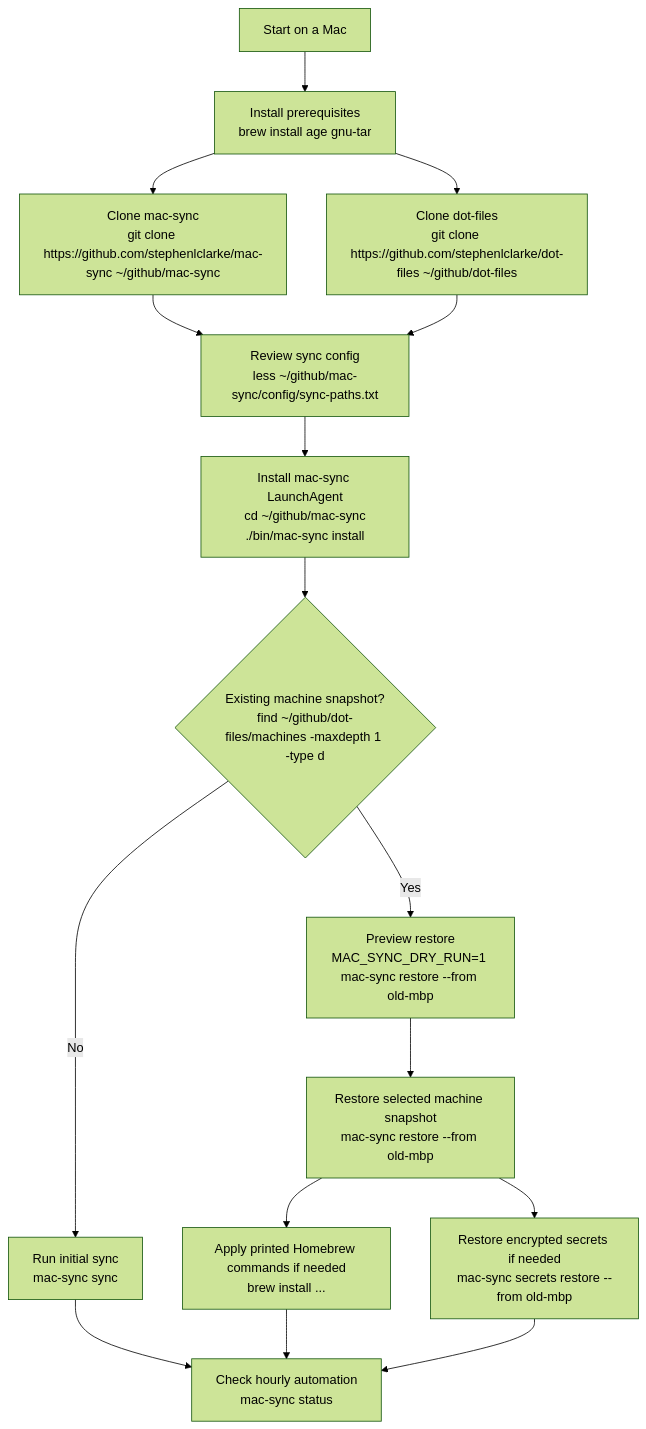
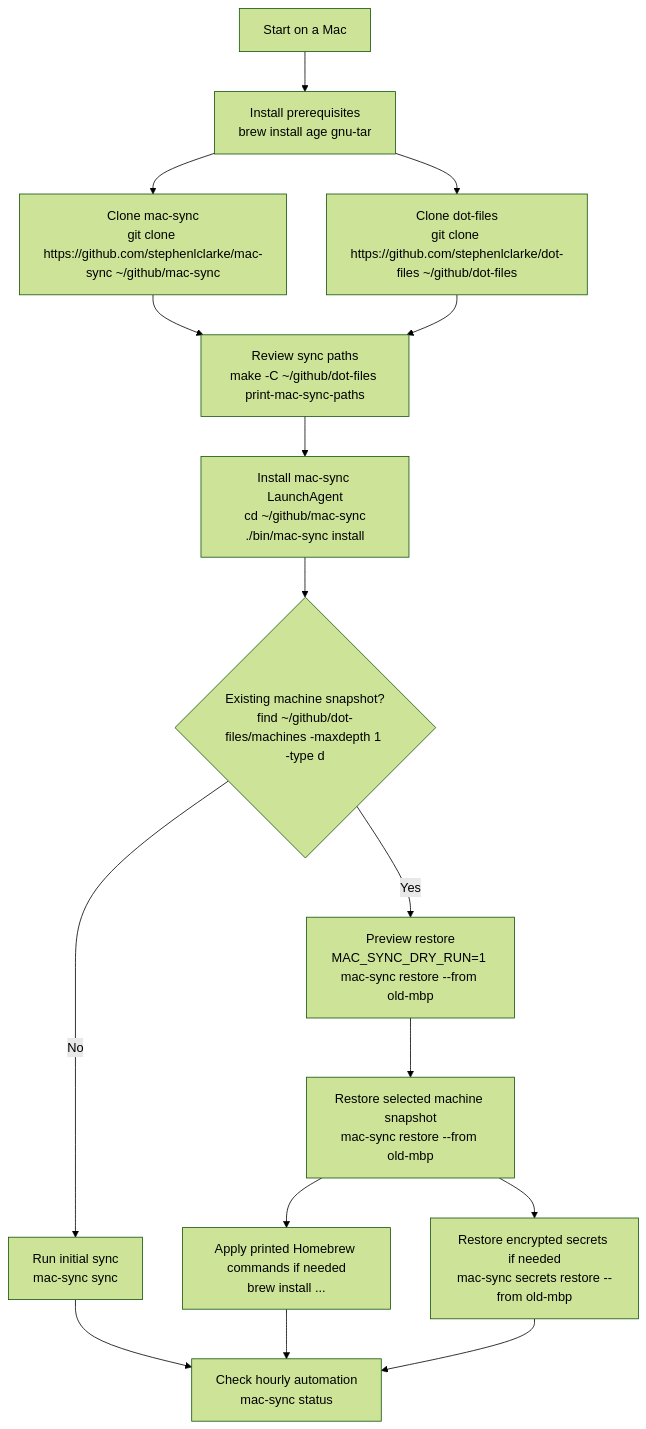
The first of 4 diagrams in WORKFLOW.md (stephenlclarke/mac-sync), drawn with Mermaid (forest theme) before and after one commit. The commit also changed other lines of this file and 5 other files, not shown here.

````diff
--- a/WORKFLOW.md
+++ b/WORKFLOW.md
@@ -15,18 +15,18 @@
 ```mermaid
 flowchart TD
   A["Start on a Mac"] --> B["Install prerequisites<br/>brew install age gnu-tar"]
   B --> C["Clone mac-sync<br/>git clone https://github.com/stephenlclarke/mac-sync ~/github/mac-sync"]
   B --> D["Clone dot-files<br/>git clone https://github.com/stephenlclarke/dot-files ~/github/dot-files"]
-  C --> E["Review sync config<br/>less ~/github/mac-sync/config/sync-paths.txt"]
+  C --> E["Review sync paths<br/>make -C ~/github/dot-files print-mac-sync-paths"]
   D --> E
   E --> F["Install mac-sync LaunchAgent<br/>cd ~/github/mac-sync<br/>./bin/mac-sync install"]
   F --> G{"Existing machine snapshot?<br/>find ~/github/dot-files/machines -maxdepth 1 -type d"}
   G -- "No" --> H["Run initial sync<br/>mac-sync sync"]
   G -- "Yes" --> I["Preview restore<br/>MAC_SYNC_DRY_RUN=1 mac-sync restore --from old-mbp"]
   I --> J["Restore selected machine snapshot<br/>mac-sync restore --from old-mbp"]
   J --> K["Apply printed Homebrew commands if needed<br/>brew install ..."]
   J --> L["Restore encrypted secrets if needed<br/>mac-sync secrets restore --from old-mbp"]
   H --> M["Check hourly automation<br/>mac-sync status"]
   K --> M
   L --> M
 ```
````
